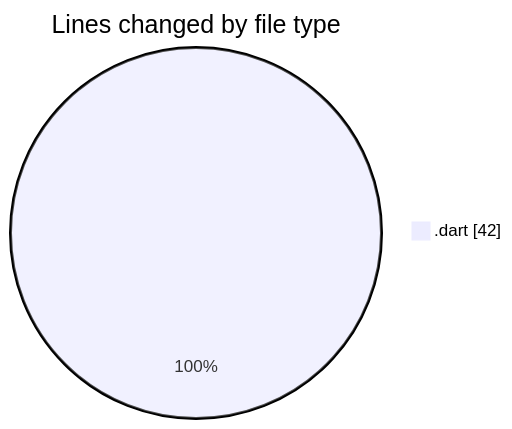
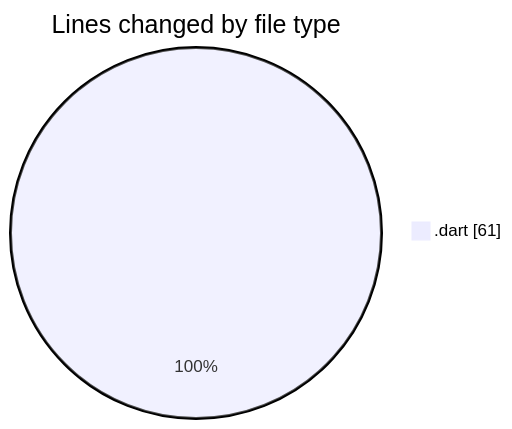
The first of 2 diagrams in 2025-02-26/drivers_app/README.md (donsfak/code-tracking), drawn with Mermaid before and after one commit. The commit also changed other lines of this file and 1 other file, not shown here.

````diff
--- a/2025-02-26/drivers_app/README.md
+++ b/2025-02-26/drivers_app/README.md
@@ -20,5 +21,5 @@
 ```mermaid
 pie showData
 title Lines changed by file type
-".dart" : 42
+".dart" : 61
 ```
````
